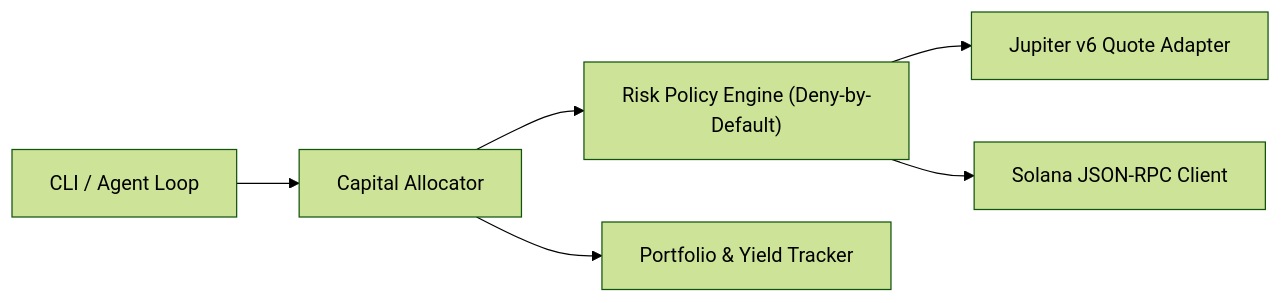
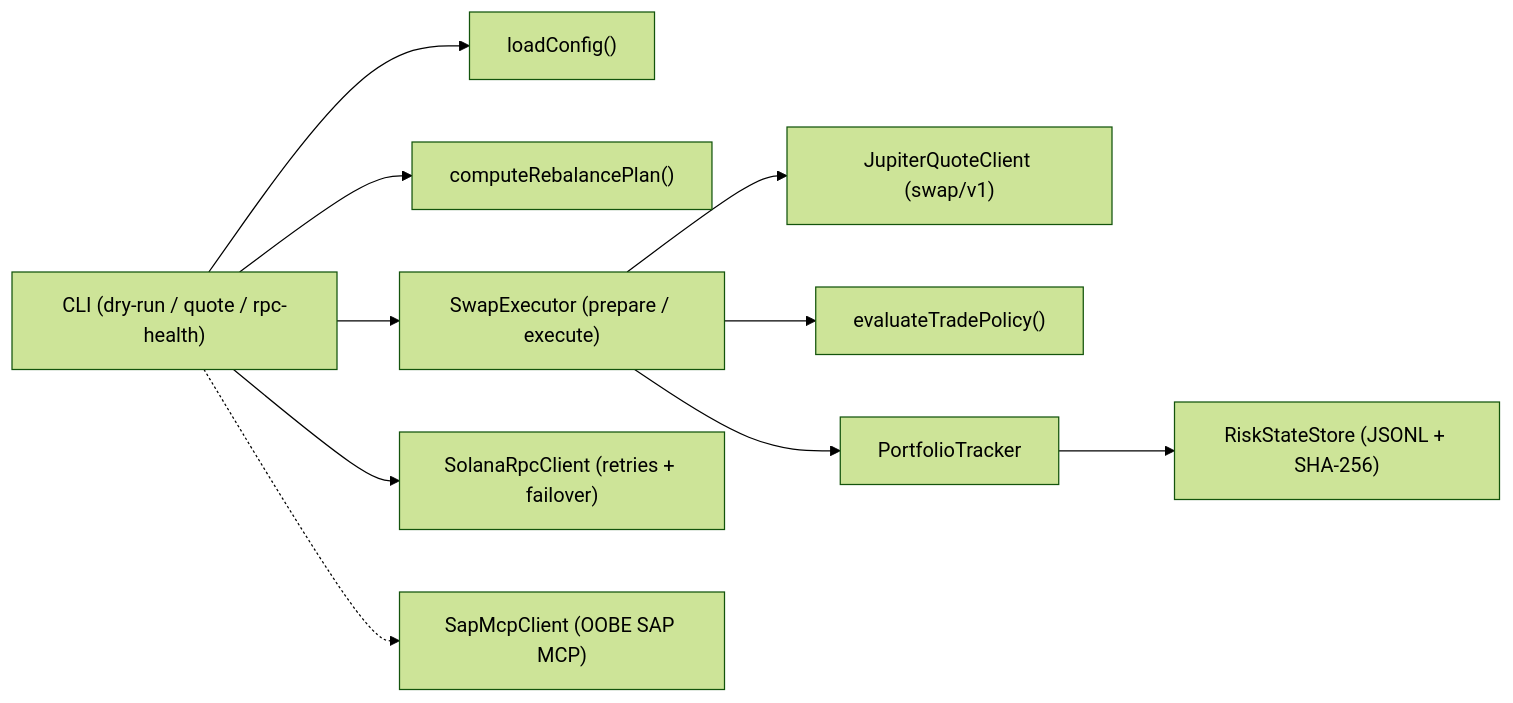
Before and after one commit to vahidvl/oobe-autonomous-capital-agent: the diagram in README.md, drawn with Mermaid (forest theme). The commit also changed other lines of this file and 2 other files, not shown here.

Commit message:
docs: rewrite README with honest scope, accurate diagram, MIT license, and portable test script

````diff
--- a/README.md
+++ b/README.md
@@ -7,8 +7,12 @@
 ```mermaid
 flowchart LR
-  CLI["CLI / Agent Loop"] --> CA["Capital Allocator"]
-  CA --> PE["Risk Policy Engine (Deny-by-Default)"]
-  PE --> JUP["Jupiter v6 Quote Adapter"]
-  PE --> RPC["Solana JSON-RPC Client"]
-  CA --> PT["Portfolio & Yield Tracker"]
+  CLI["CLI (dry-run / quote / rpc-health)"] --> CFG["loadConfig()"]
+  CLI --> CA["computeRebalancePlan()"]
+  CLI --> EX["SwapExecutor (prepare / execute)"]
+  EX --> JUP["JupiterQuoteClient (swap/v1)"]
+  EX --> PE["evaluateTradePolicy()"]
+  EX --> PT["PortfolioTracker"]
+  PT --> SS["RiskStateStore (JSONL + SHA-256)"]
+  CLI --> RPC["SolanaRpcClient (retries + failover)"]
+  CLI -.-> SAP["SapMcpClient (OOBE SAP MCP)"]
 ```
````
